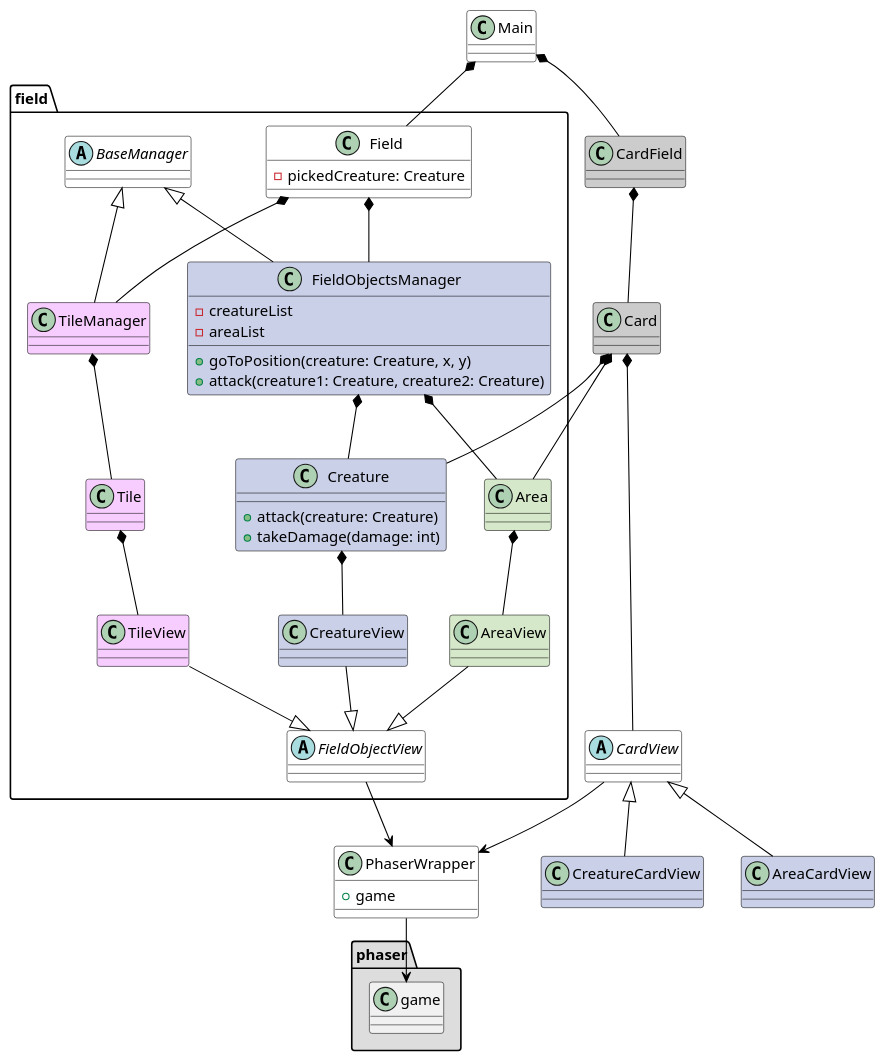
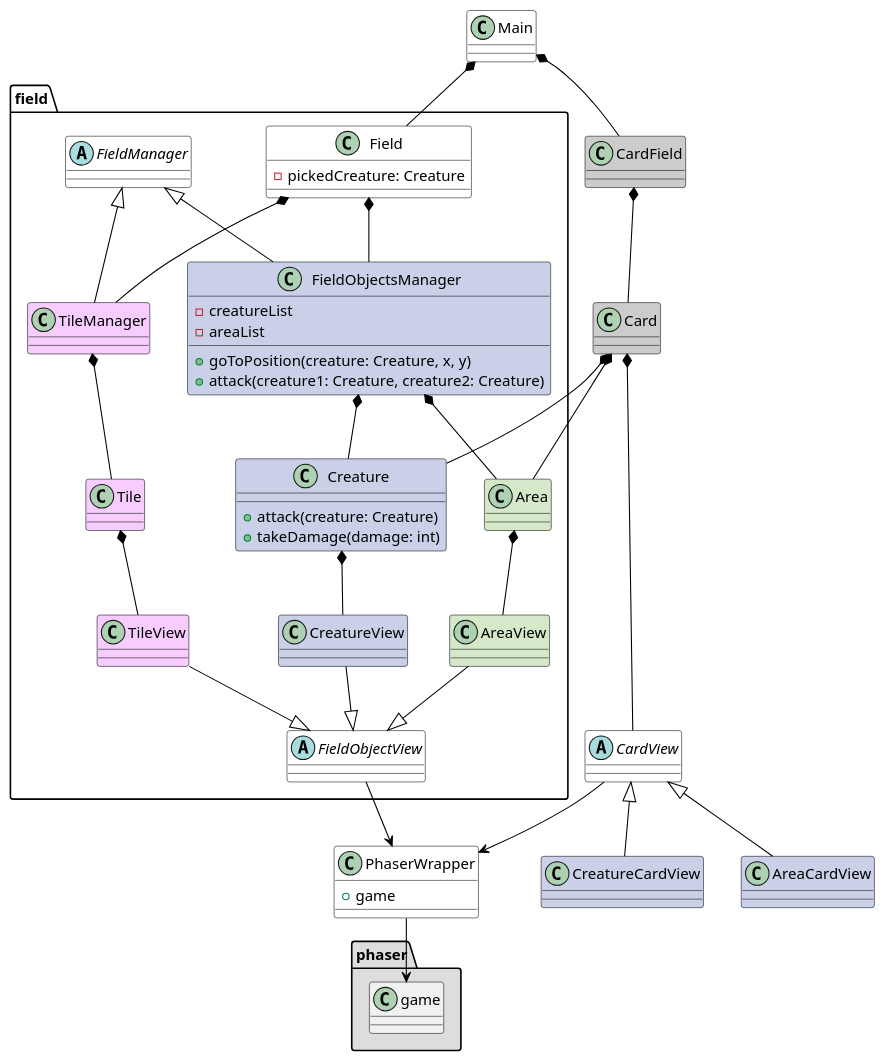
Before and after one commit to gamesFTW/phaser-card-game-client: the diagram in uml/base.puml, drawn with PlantUML.

Commit message:
base UML: no more Base prefix

```diff
--- a/uml/base.puml
+++ b/uml/base.puml
@@ -1,116 +1,116 @@
 @startuml
 
 skinparam class {
 	ArrowColor black
 	BorderColor black
 }
 
 skinparam stereotypeCBackgroundColor YellowGreen
 skinparam shadowing false
 
 class Main #ffffff
 
 Main *-- field.Field
 Main *-- CardField
 
 
 ''' Про это смотри cards.puml, тут очень упощеная ее часть
 class CardField #cccccc
 CardField *-- Card
 
 
 class Card #cccccc
 Card *-- field.Creature
 Card *-- field.Area
 Card *-- CardView
 
 
 class CreatureCardView #CAD0E8
 CardView <|-- CreatureCardView
 
 
 class AreaCardView #CAD0E8
 CardView <|-- AreaCardView
 
 
 abstract class CardView #ffffff
 CardView --> PhaserWrapper
 
 
 class PhaserWrapper #ffffff {
     + game
 }
 PhaserWrapper --> phaser.game
 
 
 package "field" {
-    abstract class BaseManager #ffffff
+    abstract class FieldManager #ffffff
 
 
     abstract class FieldObjectView #ffffff
     FieldObjectView <|-up- TileView
     FieldObjectView <|-up- CreatureView
     FieldObjectView <|-up- AreaView
     FieldObjectView --> .PhaserWrapper
 
 
     class Field #ffffff {
         - pickedCreature: Creature
     }
     Field *-- TileManager
     Field *-- FieldObjectsManager
 
 
     '''Tile'''
     class TileManager #F7CDFF
-    BaseManager <|-- TileManager
+    FieldManager <|-- TileManager
     TileManager *-- Tile
 
 
     class Tile #F7CDFF
     Tile *-- TileView
 
 
     class TileView #F7CDFF
 
 
     '''Creature'''
     class FieldObjectsManager #CAD0E8 {
         - creatureList
         - areaList
         + goToPosition(creature: Creature, x, y)
         + attack(creature1: Creature, creature2: Creature)
     }
-    BaseManager <|-- FieldObjectsManager
+    FieldManager <|-- FieldObjectsManager
     FieldObjectsManager *-- Creature
 
 
     class Creature #CAD0E8 {
         + attack(creature: Creature)
         + takeDamage(damage: int)
     }
     Creature *-- CreatureView
 
 
     class CreatureView #CAD0E8
 
 
 
 
     '''Area'''
     FieldObjectsManager *-- Area
 
 
     class Area #D6E8CA
     Area *-- AreaView
 
 
     class AreaView #D6E8CA
 
 }
 
 
 package "phaser" #DDDDDD {
     class game
 }
 @enduml
```
